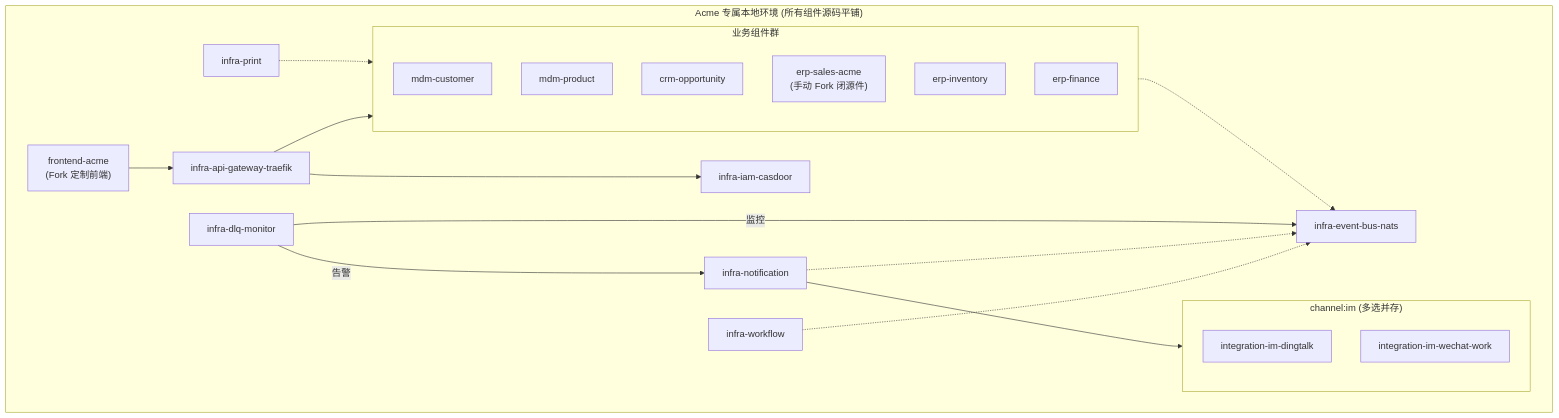
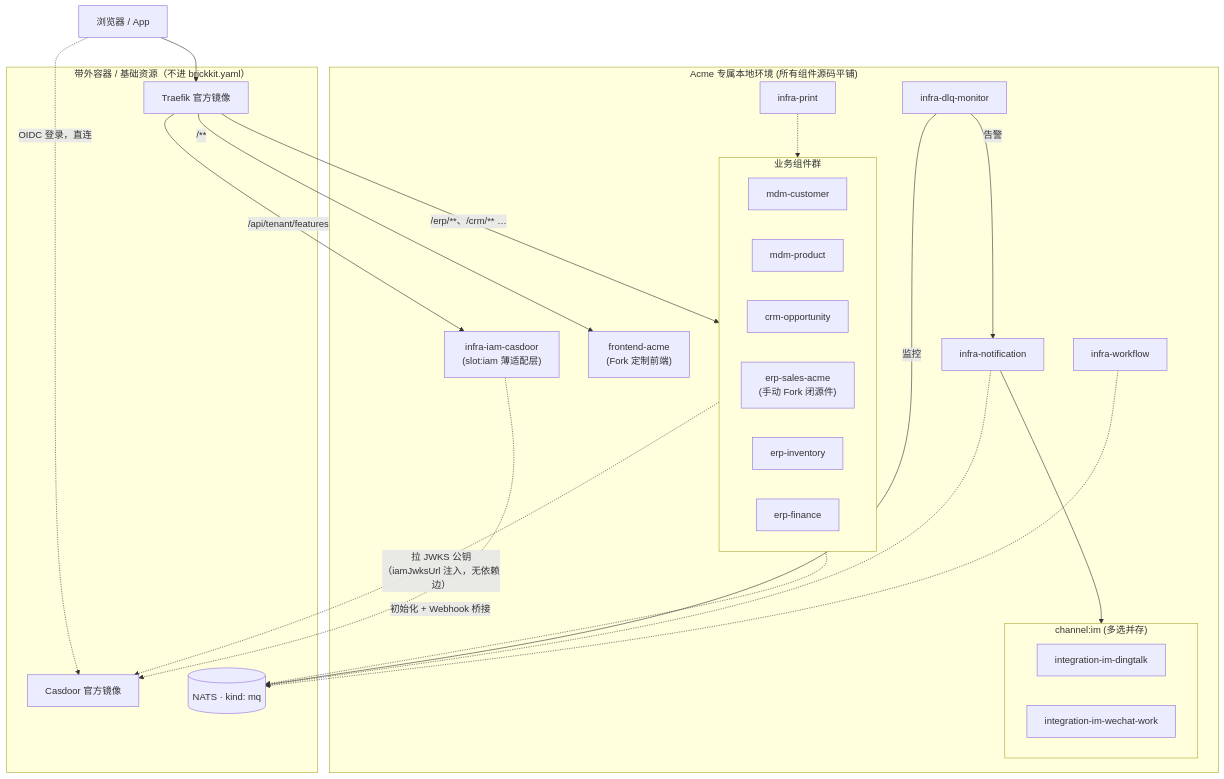
Before and after one commit to brickKit/be-assembly-standard: the ninth of 9 diagrams in BrickEnterprise 设计书.md, drawn with Mermaid. The commit also changed other lines of this file, not shown here.

````diff
--- a/BrickEnterprise 设计书.md
+++ b/BrickEnterprise 设计书.md
@@ -2118,35 +2418,42 @@
 ```mermaid
 flowchart TB
     subgraph ACME_POOL["Acme 专属本地环境 (所有组件源码平铺)"]
         FE["frontend-acme<br/>(Fork 定制前端)"]
-        GW["infra-api-gateway-traefik"]
-        IAM["infra-iam-casdoor"]
-        BUS["infra-event-bus-nats"]
+        IAM["infra-iam-casdoor<br/>(slot:iam 薄适配层)"]
         WF["infra-workflow"]
         NOTI["infra-notification"]
         DLQM["infra-dlq-monitor"]
         PRINT["infra-print"]
         subgraph IM_CHANNEL["channel:im (多选并存)"]
             IM_D["integration-im-dingtalk"]
             IM_W["integration-im-wechat-work"]
         end
         subgraph BIZ["业务组件群"]
             MDM_C["mdm-customer"]
             MDM_P["mdm-product"]
             CRM_O["crm-opportunity"]
             ERP_S["erp-sales-acme<br/>(手动 Fork 闭源件)"]
             ERP_I["erp-inventory"]
             ERP_F["erp-finance"]
         end
     end
-    FE --> GW
-    GW --> IAM
-    GW --> BIZ
+    subgraph OOB2["带外容器 / 基础资源（不进 brickkit.yaml）"]
+        GW["Traefik 官方镜像"]
+        CASDOOR["Casdoor 官方镜像"]
+        BUS[("NATS · kind: mq")]
+    end
+    BROWSER["浏览器 / App"] --> GW
+    GW -->|"/**"| FE
+    GW -->|"/erp/**、/crm/** …"| BIZ
+    GW -->|"/api/tenant/features"| IAM
+    BROWSER -.->|"OIDC 登录，直连"| CASDOOR
+    IAM -.->|"初始化 + Webhook 桥接"| CASDOOR
+    BIZ -.->|"拉 JWKS 公钥（iamJwksUrl 注入，无依赖边）"| CASDOOR
     BIZ -.-> BUS
     WF -.-> BUS
     NOTI --> IM_CHANNEL
     NOTI -.-> BUS
     DLQM -->|监控| BUS
     DLQM -->|告警| NOTI
     PRINT -.-> BIZ
 ```
````
